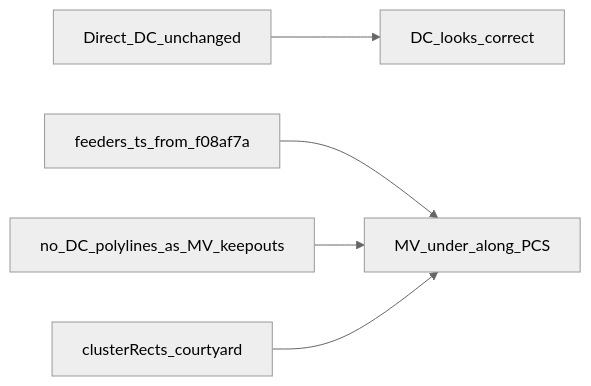
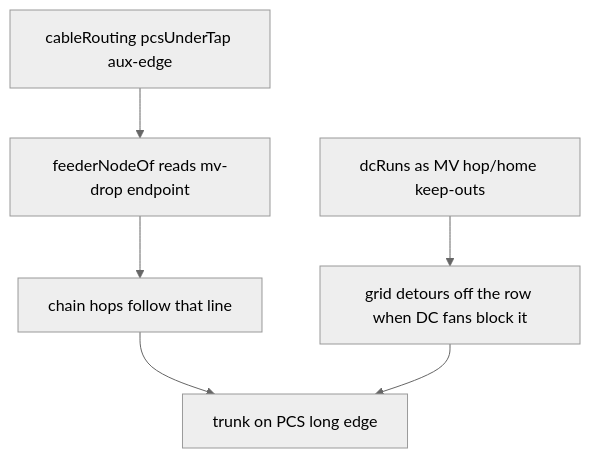
Before and after one commit to whitehornarya/BessForge: the diagram in docs/restore-feeders-keep-direct-dc.md, drawn with Mermaid (neutral theme). The commit also changed other lines of this file, not shown here.

Commit message:
updated plan for feeder fix running under pcs

````diff
--- a/docs/restore-feeders-keep-direct-dc.md
+++ b/docs/restore-feeders-keep-direct-dc.md
@@ -16,11 +18,12 @@
 ```mermaid
-flowchart LR
-  directDc[Direct_DC_unchanged]
-  feedersRestored[feeders_ts_from_f08af7a]
-  noDcKeepout[no_DC_polylines_as_MV_keepouts]
-  cluster[clusterRects_courtyard]
-  directDc --> visualOk[DC_looks_correct]
-  feedersRestored --> underPcs[MV_under_along_PCS]
-  noDcKeepout --> underPcs
-  cluster --> underPcs
+flowchart TD
+  mvDrop[cableRouting pcsUnderTap aux-edge]
+  dcKeep[dcRuns as MV hop/home keep-outs]
+  nodeOf[feederNodeOf reads mv-drop endpoint]
+  hop[chain hops follow that line]
+  shove[grid detours off the row when DC fans block it]
+  mvDrop --> nodeOf --> hop
+  dcKeep --> shove
+  hop --> edge[trunk on PCS long edge]
+  shove --> edge
 ```
````
